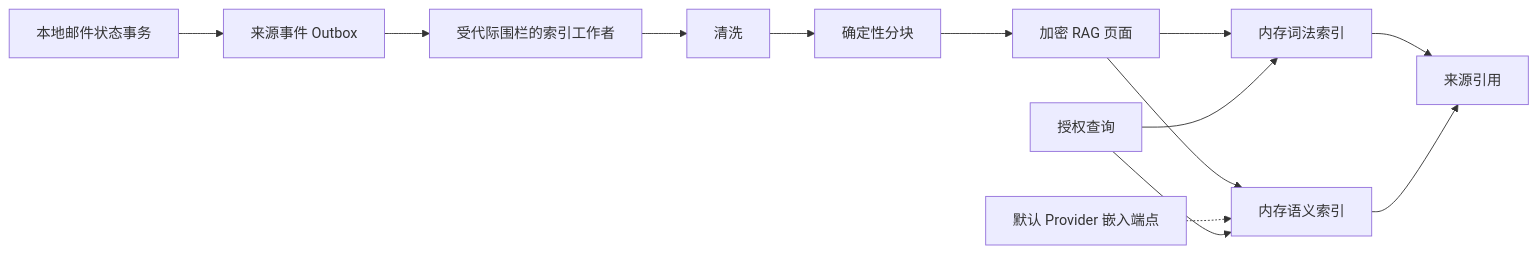
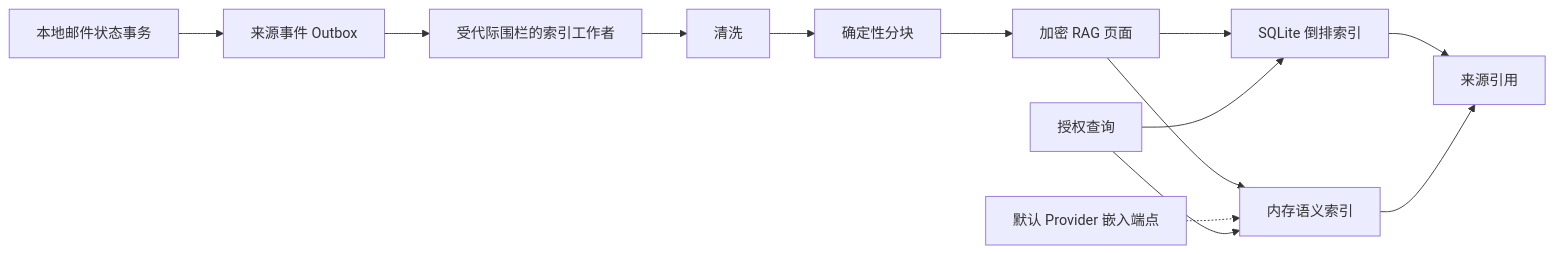
One commit to QinIndexCode/nami-mail changed the diagram in docs/rag/architecture.zh-CN.md. Above: the diagram before and after it, drawn with Mermaid. The commit also changed other lines of this file and 6 other files, not shown here.

````diff
--- a/docs/rag/architecture.zh-CN.md
+++ b/docs/rag/architecture.zh-CN.md
@@ -11,15 +11,15 @@
 ```mermaid
 flowchart LR
   Mail["本地邮件状态事务"] --> Outbox["来源事件 Outbox"]
   Outbox --> Worker["受代际围栏的索引工作者"]
   Worker --> Clean["清洗"]
   Clean --> Chunk["确定性分块"]
   Chunk --> Pages["加密 RAG 页面"]
-  Pages --> Memory["内存词法索引"]
+  Pages --> Lexical["SQLite 倒排索引"]
   Pages --> Semantic["内存语义索引"]
   Embed["默认 Provider 嵌入端点"] -.-> Semantic
-  Query["授权查询"] --> Memory
+  Query["授权查询"] --> Lexical
   Query --> Semantic
-  Memory --> Cite["来源引用"]
+  Lexical --> Cite["来源引用"]
   Semantic --> Cite
 ```
````
